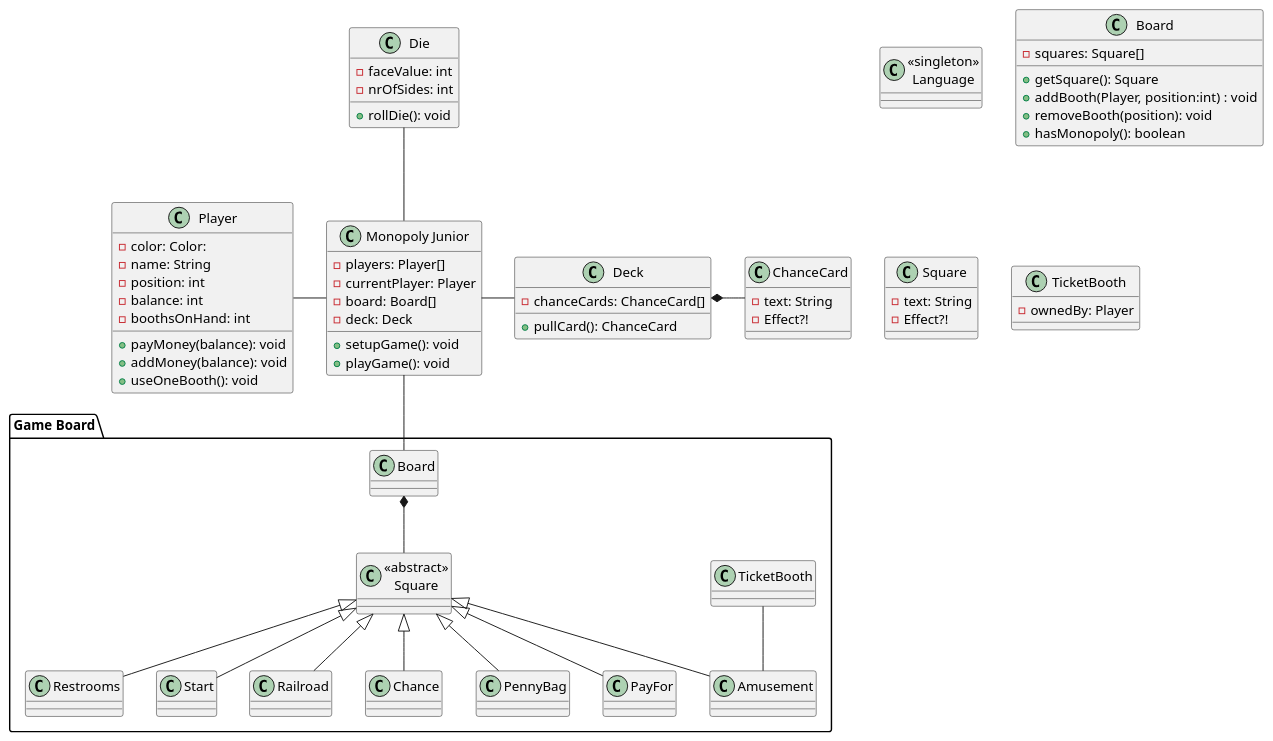
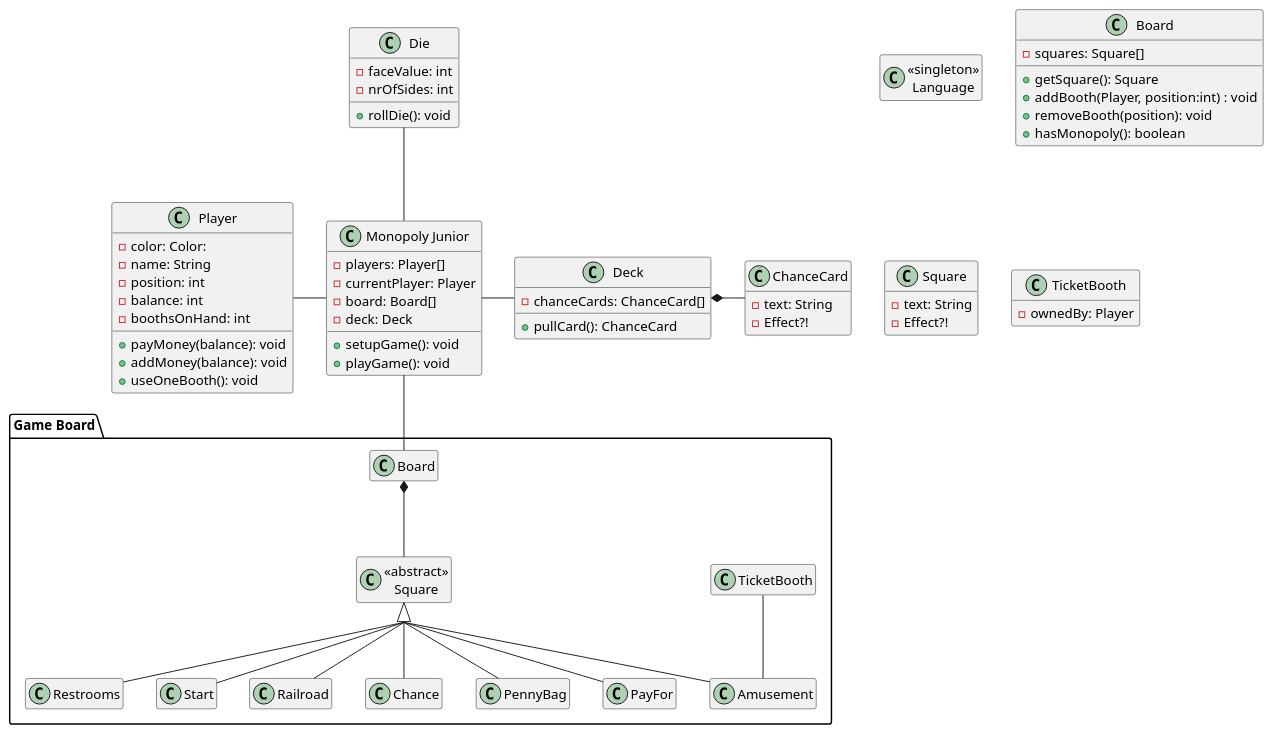
Before and after one commit to Greve2001/CDIO3: the diagram in diagrams/Designklasse.puml, drawn with PlantUML.

Commit message:
collected the arrows to one in the Board package

```diff
--- a/diagrams/Designklasse.puml
+++ b/diagrams/Designklasse.puml
@@ -1,98 +1,101 @@
 @startuml
+
+hide empty members
+skinparam groupInheritance 2
 
 class "Monopoly Junior" as Game
 class Die
 
 package "Game Board" {
     class Board
     class TicketBooth
 
     class "<<abstract>>\nSquare" as Square
         class Amusement
         class Restrooms
         class Start
         class Railroad
         class Chance
         class PennyBag
         class PayFor
 }
 
 class Deck
 class ChanceCard
 class Player
 class "<<singleton>>\nLanguage" as Language
 
 Game -up- Die
 Game -right- Deck
     Deck *-right- ChanceCard
 Game -left- Player
 Game -down- Board
     Board *-down- Square
     Amusement -up- TicketBooth
     Square <|-- Restrooms
     Square <|-- Amusement
     Square <|-- Railroad
     Square <|-- PayFor
     Square <|-- PennyBag
     Square <|-- Start
     Square <|-- Chance
 
 class Game {
     -players: Player[]
     -currentPlayer: Player
     -board: Board[]
     -deck: Deck
 
     +setupGame(): void
     +playGame(): void
 }
 
 class Board {
     -squares: Square[]
 
     +getSquare(): Square
     +addBooth(Player, position:int) : void
     +removeBooth(position): void
     +hasMonopoly(): boolean
 }
 
 class Square {
     -text: String
     -Effect?!
 }
 
 class Die {
     -faceValue: int
     -nrOfSides: int
 
     +rollDie(): void
 }
 
 class Player {
     -color: Color:
     -name: String
     -position: int
     -balance: int
     -boothsOnHand: int
 
     +payMoney(balance): void
     +addMoney(balance): void
     +useOneBooth(): void
 }
 
 class TicketBooth {
     -ownedBy: Player
 }
 
 class Deck {
     -chanceCards: ChanceCard[]
 
     +pullCard(): ChanceCard
 }
 class ChanceCard {
     -text: String
     -Effect?!
 }
 
 
 @enduml
```
